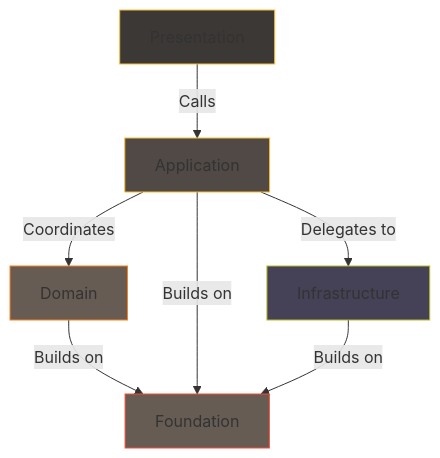
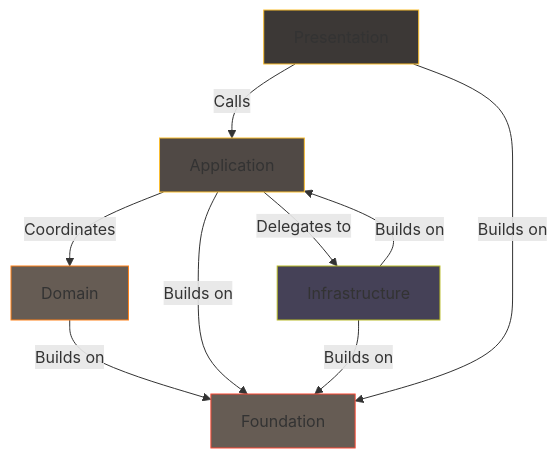
The diagram in docs/guide/recommended_blocks_structure.md (building-blocks-org/building_blocks), drawn with Mermaid before and after one commit.

Commit message:
docs(guide): add missing block dependency edges to diagram (P→F, I→A)

````diff
--- a/docs/guide/recommended_blocks_structure.md
+++ b/docs/guide/recommended_blocks_structure.md
@@ -30,22 +30,24 @@
 ```mermaid
 flowchart TD
     P[Presentation]
     A[Application]
     D[Domain]
     I[Infrastructure]
     F[Foundation]
 
     P -->|Calls| A
     A -->|Coordinates| D
     A -->|Delegates to| I
     D -->|Builds on| F
     A -->|Builds on| F
     I -->|Builds on| F
+    P -->|Builds on| F
+    I -->|Builds on| A
 
     %% --- Node styling ---
     style P fill:#3c3836,stroke:#fabd2f,color:#ebdbb2  %% Presentation: Dark Gray, Yellow Outline
     style A fill:#504945,stroke:#fabd2f,color:#ebdbb2  %% Application: Darker Gray, Yellow Outline
     style D fill:#665c54,stroke:#fe8019,color:#ebdbb2  %% Domain: Muted Brown, Orange Outline
     style I fill:#454157,stroke:#b8bb26,color:#ebdbb2  %% Infrastructure: Dark Violet, Olive Green Outline
     style F fill:#665c54,stroke:#fb4934,color:#ebdbb2  %% Foundation: Muted Brown, Vibrant Red Outline
 ```
````
